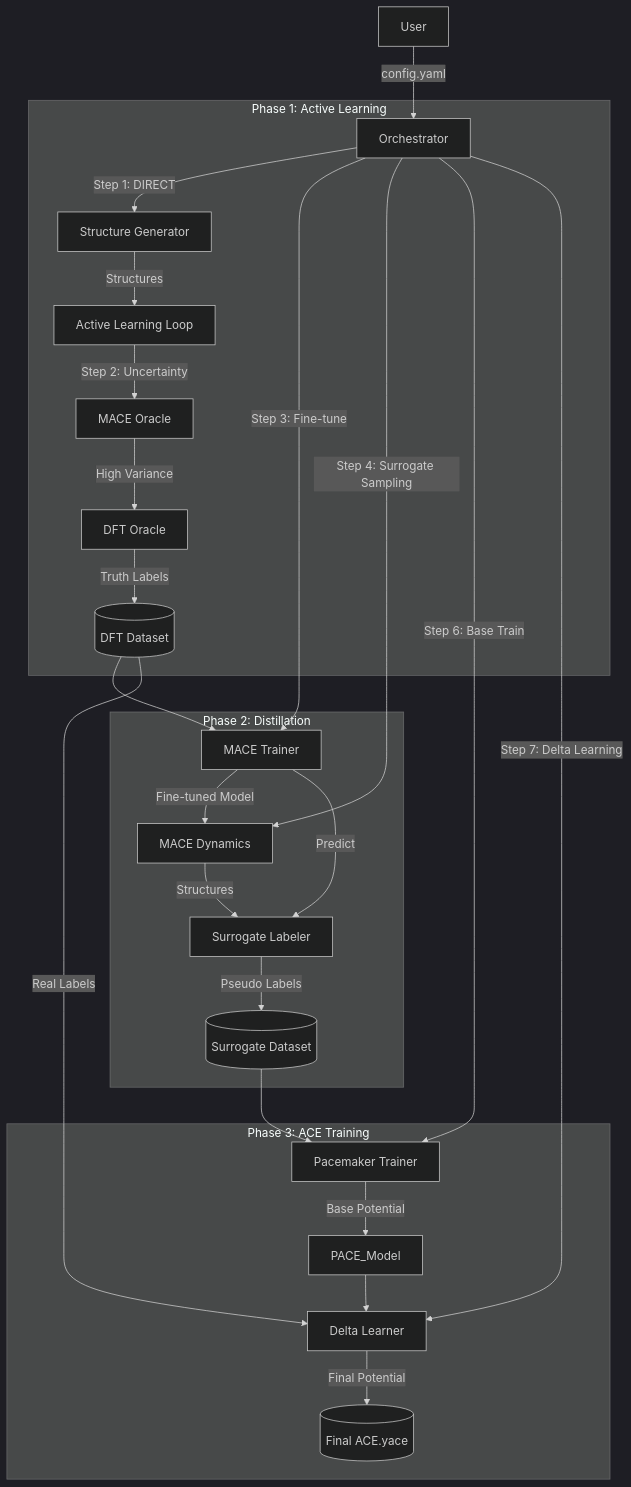
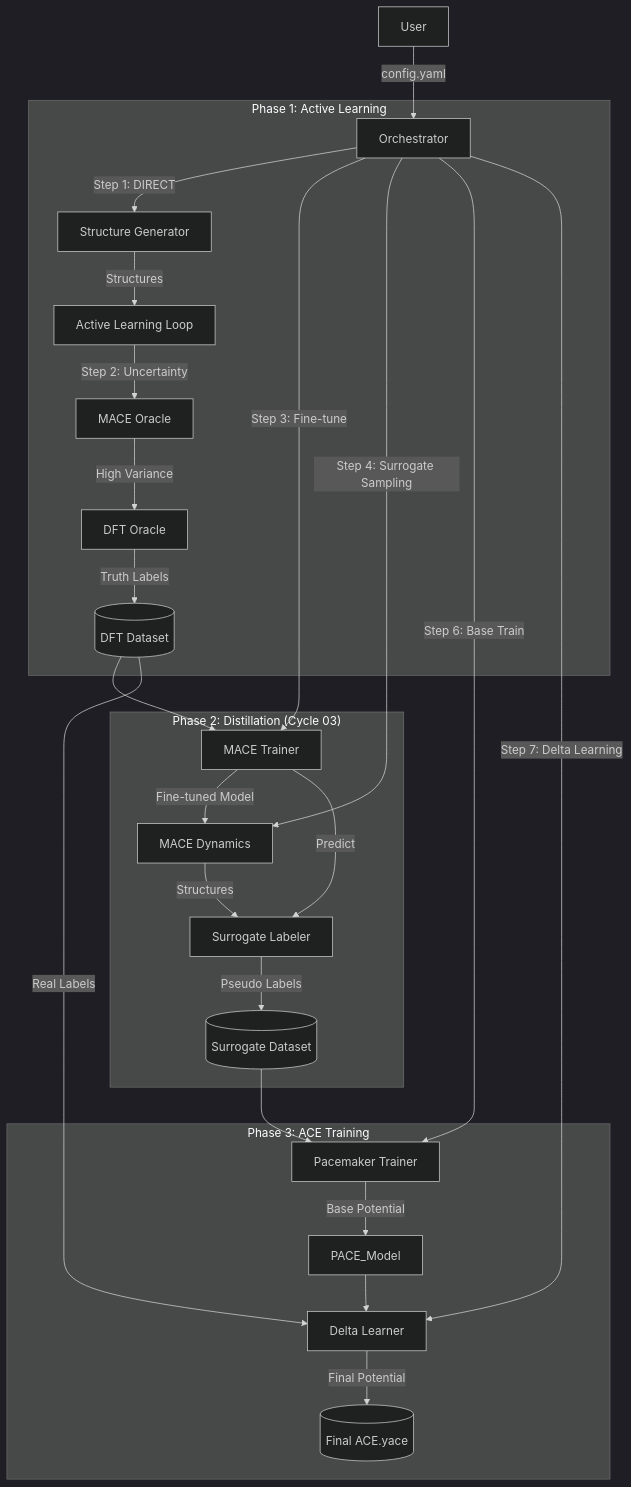
The diagram in README.md (tsuyama1990/mlip_pipeline), drawn with Mermaid (dark theme) before and after one commit. The commit also changed other lines of this file and 14 other files, not shown here.

````diff
--- a/README.md
+++ b/README.md
@@ -29,33 +30,33 @@
 ```mermaid
 graph TD
     User[User] -->|config.yaml| Orch[Orchestrator]
 
     subgraph "Phase 1: Active Learning"
         Orch -->|Step 1: DIRECT| Gen[Structure Generator]
         Gen -->|Structures| AL[Active Learning Loop]
         AL -->|Step 2: Uncertainty| MACE_O[MACE Oracle]
         MACE_O -->|High Variance| DFT[DFT Oracle]
         DFT -->|Truth Labels| DB[(DFT Dataset)]
     end
 
-    subgraph "Phase 2: Distillation"
+    subgraph "Phase 2: Distillation (Cycle 03)"
         Orch -->|Step 3: Fine-tune| MACE_T[MACE Trainer]
         DB --> MACE_T
         MACE_T -->|Fine-tuned Model| MACE_MD[MACE Dynamics]
         Orch -->|Step 4: Surrogate Sampling| MACE_MD
         MACE_MD -->|Structures| Label[Surrogate Labeler]
         MACE_T -->|Predict| Label
         Label -->|Pseudo Labels| S_DB[(Surrogate Dataset)]
     end
 
     subgraph "Phase 3: ACE Training"
         Orch -->|Step 6: Base Train| PACE_T[Pacemaker Trainer]
         S_DB --> PACE_T
         PACE_T -->|Base Potential| PACE_Model
 
         Orch -->|Step 7: Delta Learning| Delta[Delta Learner]
         DB -->|Real Labels| Delta
         PACE_Model --> Delta
         Delta -->|Final Potential| Final_ACE[(Final ACE.yace)]
     end
 ```
````
